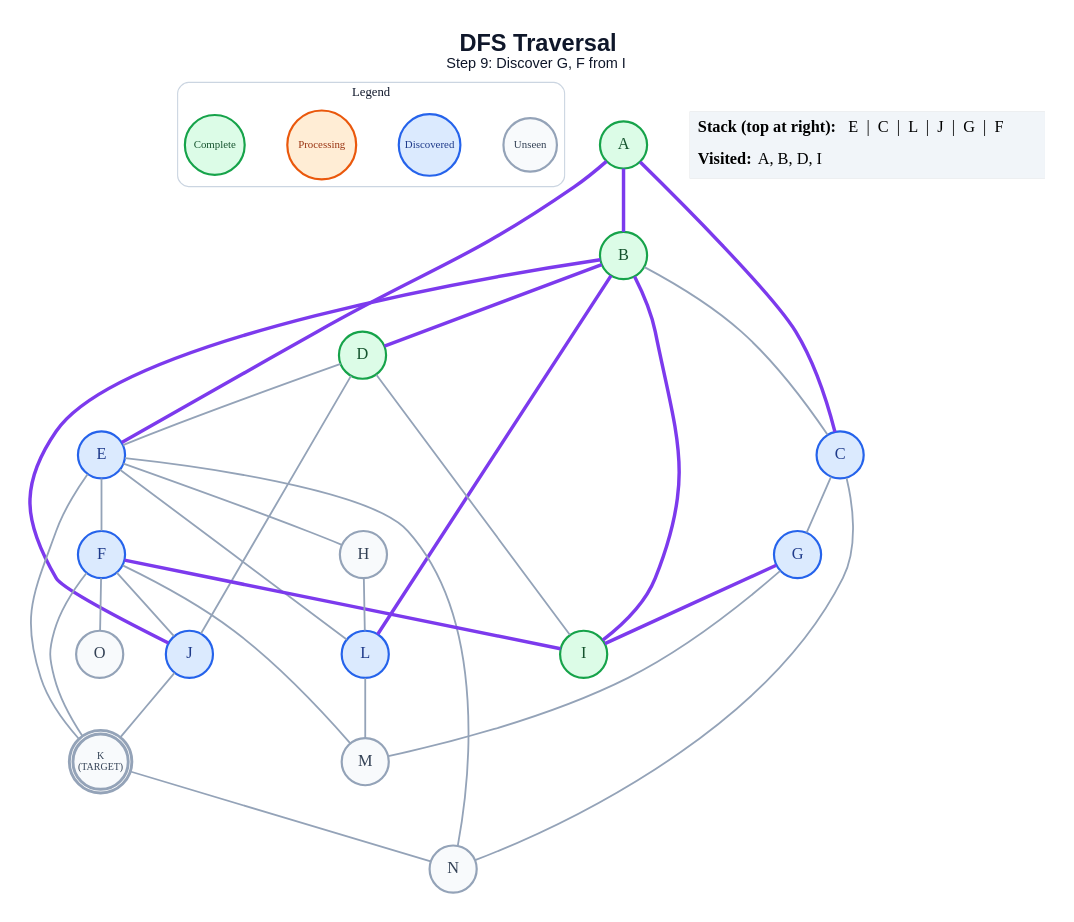
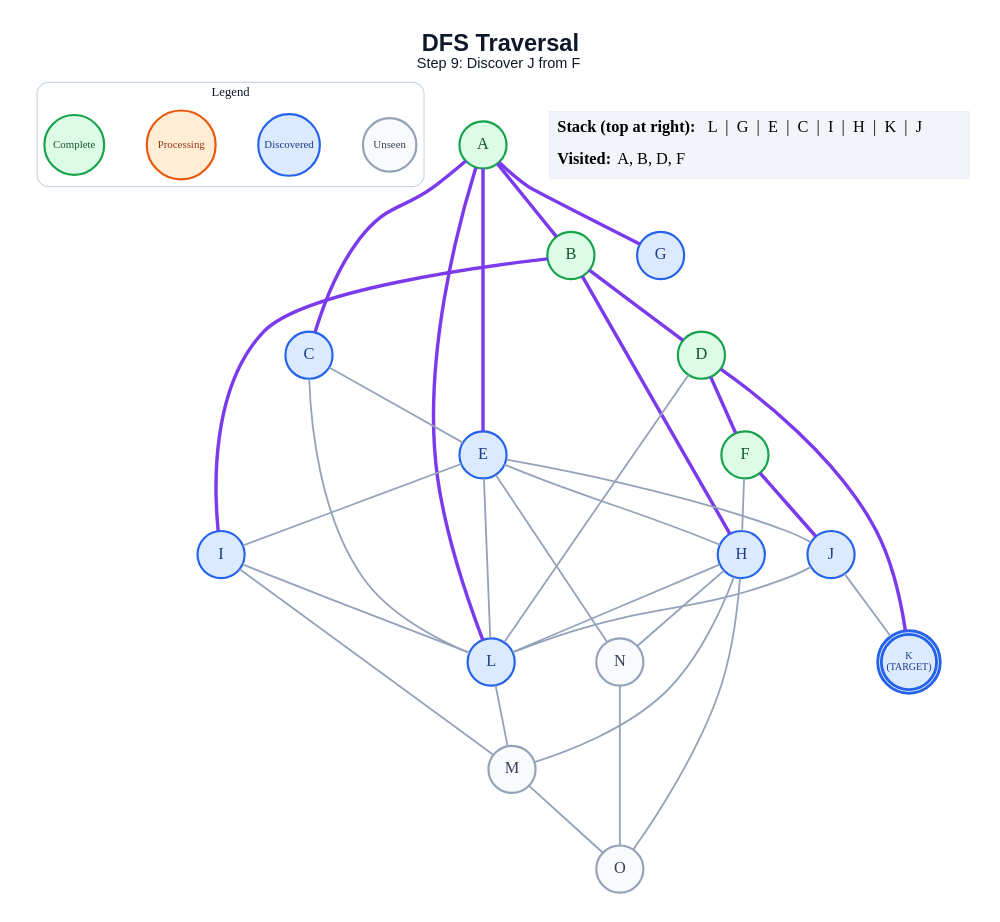
The diagram in generated/dfs/step_09.dot (anon7238593-create/ai-slop), drawn with Graphviz before and after one commit. The commit also changed 243 other files, not shown here.

```diff
--- a/generated/dfs/step_09.dot
+++ b/generated/dfs/step_09.dot
@@ -1,63 +1,65 @@
 graph traversal {
   graph [layout=dot, rankdir=TB, bgcolor="#FFFFFF", pad="0.35", nodesep="0.65", ranksep="0.8", fontname="Arial"];
   node [shape=circle, style="filled", fontname="Arial Bold", fontsize=18, width=0.72, fixedsize=true, penwidth=2.4];
   edge [color="#94A3B8", penwidth=2.0];
-  label=<<B>DFS Traversal</B><BR/><FONT POINT-SIZE="16">Step 9: Discover G, F from I</FONT>>; labelloc="t"; fontsize=26; fontname="Arial"; fontcolor="#0F172A";
+  label=<<B>DFS Traversal</B><BR/><FONT POINT-SIZE="16">Step 9: Discover J from F</FONT>>; labelloc="t"; fontsize=26; fontname="Arial"; fontcolor="#0F172A";
   subgraph cluster_legend { label="Legend"; color="#CBD5E1"; penwidth=1.2; style="rounded"; fontsize=14; fontname="Arial Bold";
     key_unseen [label="Unseen", fillcolor="#F8FAFC", color="#94A3B8", fontcolor="#334155", fontsize=12, width=0.82];
     key_frontier [label="Discovered", fillcolor="#DBEAFE", color="#2563EB", fontcolor="#1E3A8A", fontsize=12, width=0.95];
     key_current [label="Processing", fillcolor="#FFEDD5", color="#EA580C", fontcolor="#9A3412", fontsize=12, width=1.05];
     key_done [label="Complete", fillcolor="#DCFCE7", color="#16A34A", fontcolor="#14532D", fontsize=12, width=0.92];
     { rank=same; key_unseen; key_frontier; key_current; key_done; }
   }
   A [label="A", fillcolor="#DCFCE7", color="#16A34A", fontcolor="#14532D", peripheries=1, penwidth=2.4];
   B [label="B", fillcolor="#DCFCE7", color="#16A34A", fontcolor="#14532D", peripheries=1, penwidth=2.4];
   C [label="C", fillcolor="#DBEAFE", color="#2563EB", fontcolor="#1E3A8A", peripheries=1, penwidth=2.4];
   D [label="D", fillcolor="#DCFCE7", color="#16A34A", fontcolor="#14532D", peripheries=1, penwidth=2.4];
   E [label="E", fillcolor="#DBEAFE", color="#2563EB", fontcolor="#1E3A8A", peripheries=1, penwidth=2.4];
-  F [label="F", fillcolor="#DBEAFE", color="#2563EB", fontcolor="#1E3A8A", peripheries=1, penwidth=2.4];
+  F [label="F", fillcolor="#DCFCE7", color="#16A34A", fontcolor="#14532D", peripheries=1, penwidth=2.4];
   G [label="G", fillcolor="#DBEAFE", color="#2563EB", fontcolor="#1E3A8A", peripheries=1, penwidth=2.4];
-  H [label="H", fillcolor="#F8FAFC", color="#94A3B8", fontcolor="#334155", peripheries=1, penwidth=2.4];
-  I [label="I", fillcolor="#DCFCE7", color="#16A34A", fontcolor="#14532D", peripheries=1, penwidth=2.4];
+  H [label="H", fillcolor="#DBEAFE", color="#2563EB", fontcolor="#1E3A8A", peripheries=1, penwidth=2.4];
+  I [label="I", fillcolor="#DBEAFE", color="#2563EB", fontcolor="#1E3A8A", peripheries=1, penwidth=2.4];
   J [label="J", fillcolor="#DBEAFE", color="#2563EB", fontcolor="#1E3A8A", peripheries=1, penwidth=2.4];
-  K [label="K\n(TARGET)", fillcolor="#F8FAFC", color="#94A3B8", fontcolor="#334155", peripheries=2, penwidth=3.2, fontsize=11, width=0.85, height=0.85];
+  K [label="K\n(TARGET)", fillcolor="#DBEAFE", color="#2563EB", fontcolor="#1E3A8A", peripheries=2, penwidth=3.2, fontsize=11, width=0.85, height=0.85];
   L [label="L", fillcolor="#DBEAFE", color="#2563EB", fontcolor="#1E3A8A", peripheries=1, penwidth=2.4];
   M [label="M", fillcolor="#F8FAFC", color="#94A3B8", fontcolor="#334155", peripheries=1, penwidth=2.4];
   N [label="N", fillcolor="#F8FAFC", color="#94A3B8", fontcolor="#334155", peripheries=1, penwidth=2.4];
   O [label="O", fillcolor="#F8FAFC", color="#94A3B8", fontcolor="#334155", peripheries=1, penwidth=2.4];
   A -- B [color="#7C3AED", penwidth=3.8];
   A -- C [color="#7C3AED", penwidth=3.8];
   A -- E [color="#7C3AED", penwidth=3.8];
-  B -- C;
+  A -- G [color="#7C3AED", penwidth=3.8];
+  A -- L [color="#7C3AED", penwidth=3.8];
   B -- D [color="#7C3AED", penwidth=3.8];
+  B -- H [color="#7C3AED", penwidth=3.8];
   B -- I [color="#7C3AED", penwidth=3.8];
-  B -- J [color="#7C3AED", penwidth=3.8];
-  B -- L [color="#7C3AED", penwidth=3.8];
-  C -- G;
-  C -- N;
-  D -- E;
-  D -- I;
-  D -- J;
-  E -- F;
+  C -- E;
+  C -- L;
+  D -- F [color="#7C3AED", penwidth=3.8];
+  D -- K [color="#7C3AED", penwidth=3.8];
+  D -- L;
   E -- H;
-  E -- K;
+  E -- I;
+  E -- J;
   E -- L;
   E -- N;
-  F -- I [color="#7C3AED", penwidth=3.8];
-  F -- J;
-  F -- K;
-  F -- M;
-  F -- O;
-  G -- I [color="#7C3AED", penwidth=3.8];
-  G -- M;
+  F -- H;
+  F -- J [color="#7C3AED", penwidth=3.8];
   H -- L;
+  H -- M;
+  H -- N;
+  H -- O;
+  I -- L;
+  I -- M;
   J -- K;
-  K -- N;
+  J -- L;
   L -- M;
+  M -- O;
+  N -- O;
   status [shape=plain, fixedsize=false, width=0, height=0, margin=0, label=<
     <TABLE BORDER="0" CELLBORDER="0" CELLPADDING="7" BGCOLOR="#F1F5F9">
-      <TR><TD ALIGN="LEFT"><B>Stack (top at right):</B> E  |  C  |  L  |  J  |  G  |  F</TD></TR>
-      <TR><TD ALIGN="LEFT"><B>Visited:</B> A, B, D, I</TD></TR>
+      <TR><TD ALIGN="LEFT"><B>Stack (top at right):</B> L  |  G  |  E  |  C  |  I  |  H  |  K  |  J</TD></TR>
+      <TR><TD ALIGN="LEFT"><B>Visited:</B> A, B, D, F</TD></TR>
     </TABLE>
   >];
 }
```
